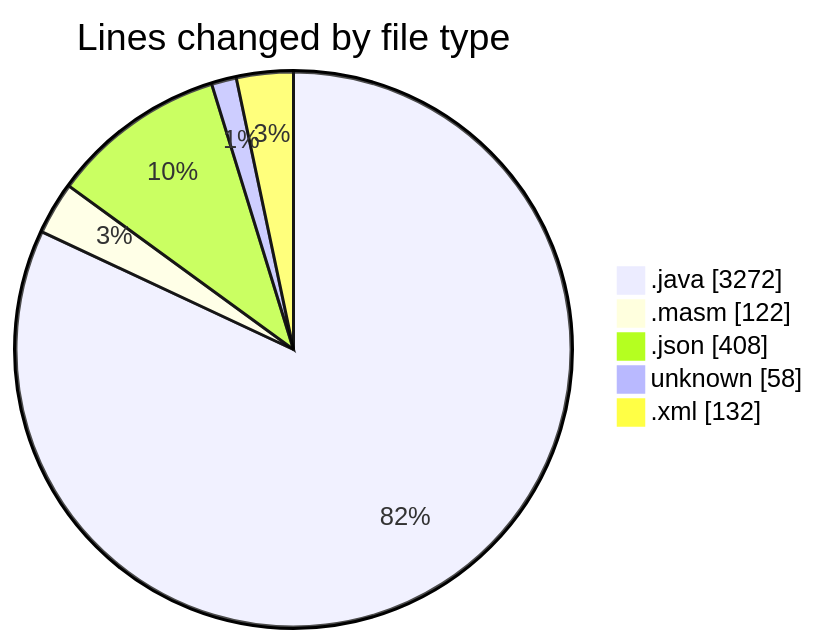
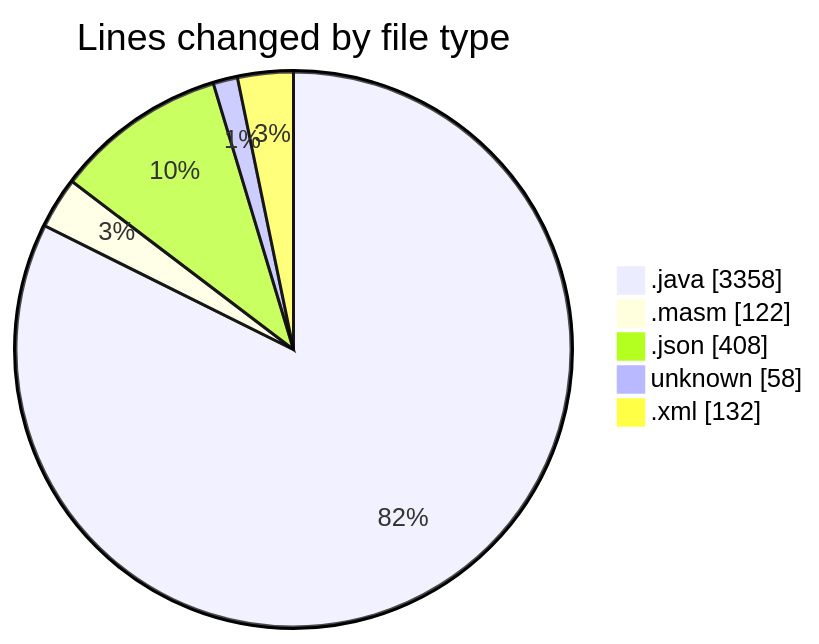
One commit to charlie-sans/code-tracking changed the first of 2 diagrams in 2025-02-19/masm/README.md. Above: the diagram before and after it, drawn with Mermaid. The commit also changed other lines of this file and 1 other file, not shown here.

````diff
--- a/2025-02-19/masm/README.md
+++ b/2025-02-19/masm/README.md
@@ -40,9 +41,9 @@
 ```mermaid
 pie showData
 title Lines changed by file type
-".java" : 3272
+".java" : 3358
 ".masm" : 122
 ".json" : 408
 "unknown" : 58
 ".xml" : 132
 ```
````
